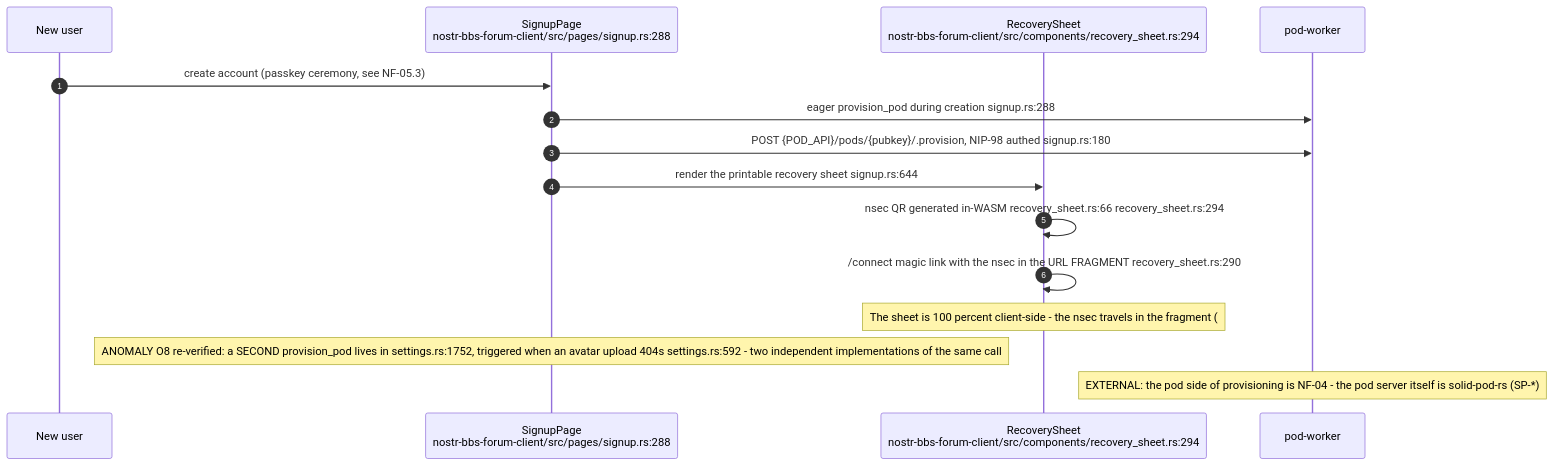
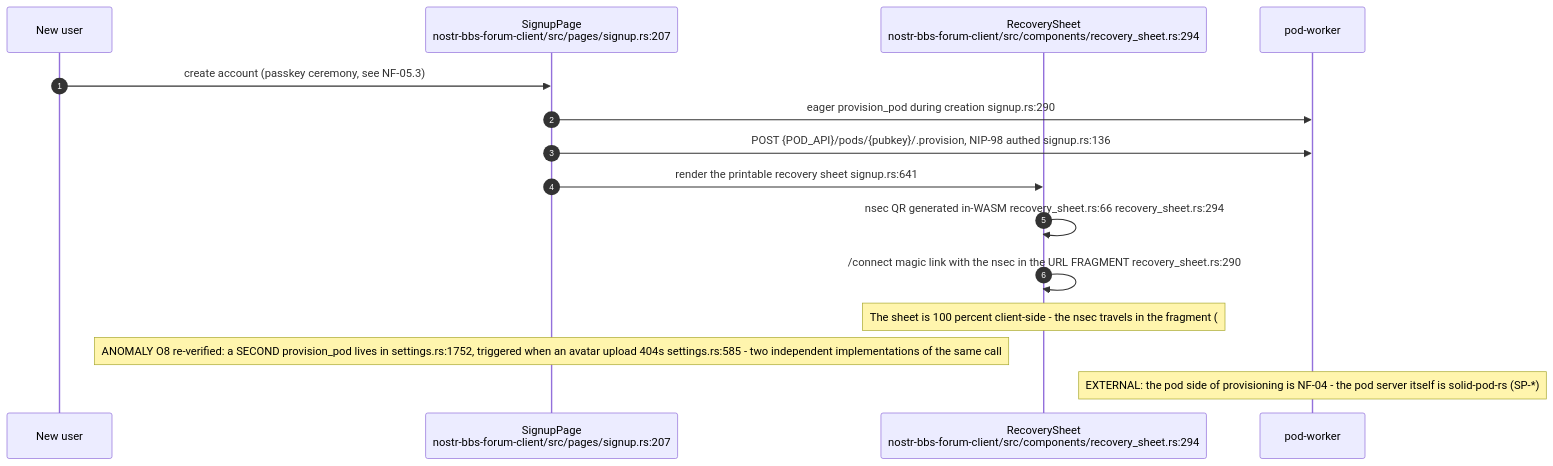
Before and after one commit to DreamLab-AI/VisionFlow: the eighth of 16 diagrams in docs/diagrams/nostr-rust-forum/05-leptos-clients-onboarding-messaging-governance.md, drawn with Mermaid. The commit also changed other lines of this file and 111 other files, not shown here.

Commit message:
docs(diagrams): align estate maps with current source

````diff
--- a/docs/diagrams/nostr-rust-forum/05-leptos-clients-onboarding-messaging-governance.md
+++ b/docs/diagrams/nostr-rust-forum/05-leptos-clients-onboarding-messaging-governance.md
@@ -267,19 +267,19 @@
 ```mermaid
 sequenceDiagram
     autonumber
     participant U as New user
-    participant S as SignupPage<br/>nostr-bbs-forum-client/src/pages/signup.rs:288
+    participant S as SignupPage<br/>nostr-bbs-forum-client/src/pages/signup.rs:207
     participant RS as RecoverySheet<br/>nostr-bbs-forum-client/src/components/recovery_sheet.rs:294
     participant POD as pod-worker
 
     U->>S: create account (passkey ceremony, see NF-05.3)
-    S->>POD: eager provision_pod during creation signup.rs:288
-    S->>POD: POST {POD_API}/pods/{pubkey}/.provision, NIP-98 authed signup.rs:180
-    S->>RS: render the printable recovery sheet signup.rs:644
+    S->>POD: eager provision_pod during creation signup.rs:290
+    S->>POD: POST {POD_API}/pods/{pubkey}/.provision, NIP-98 authed signup.rs:136
+    S->>RS: render the printable recovery sheet signup.rs:641
     RS->>RS: nsec QR generated in-WASM recovery_sheet.rs:66 recovery_sheet.rs:294
     RS->>RS: /connect magic link with the nsec in the URL FRAGMENT recovery_sheet.rs:290
 
     Note over RS: The sheet is 100 percent client-side - the nsec travels in the fragment (#k=), which browsers do not send to the server
-    Note over S: ANOMALY O8 re-verified: a SECOND provision_pod lives in settings.rs:1752, triggered when an avatar upload 404s settings.rs:592 - two independent implementations of the same call
+    Note over S: ANOMALY O8 re-verified: a SECOND provision_pod lives in settings.rs:1752, triggered when an avatar upload 404s settings.rs:585 - two independent implementations of the same call
     Note over POD: EXTERNAL: the pod side of provisioning is NF-04 - the pod server itself is solid-pod-rs (SP-*)
 ```
````
